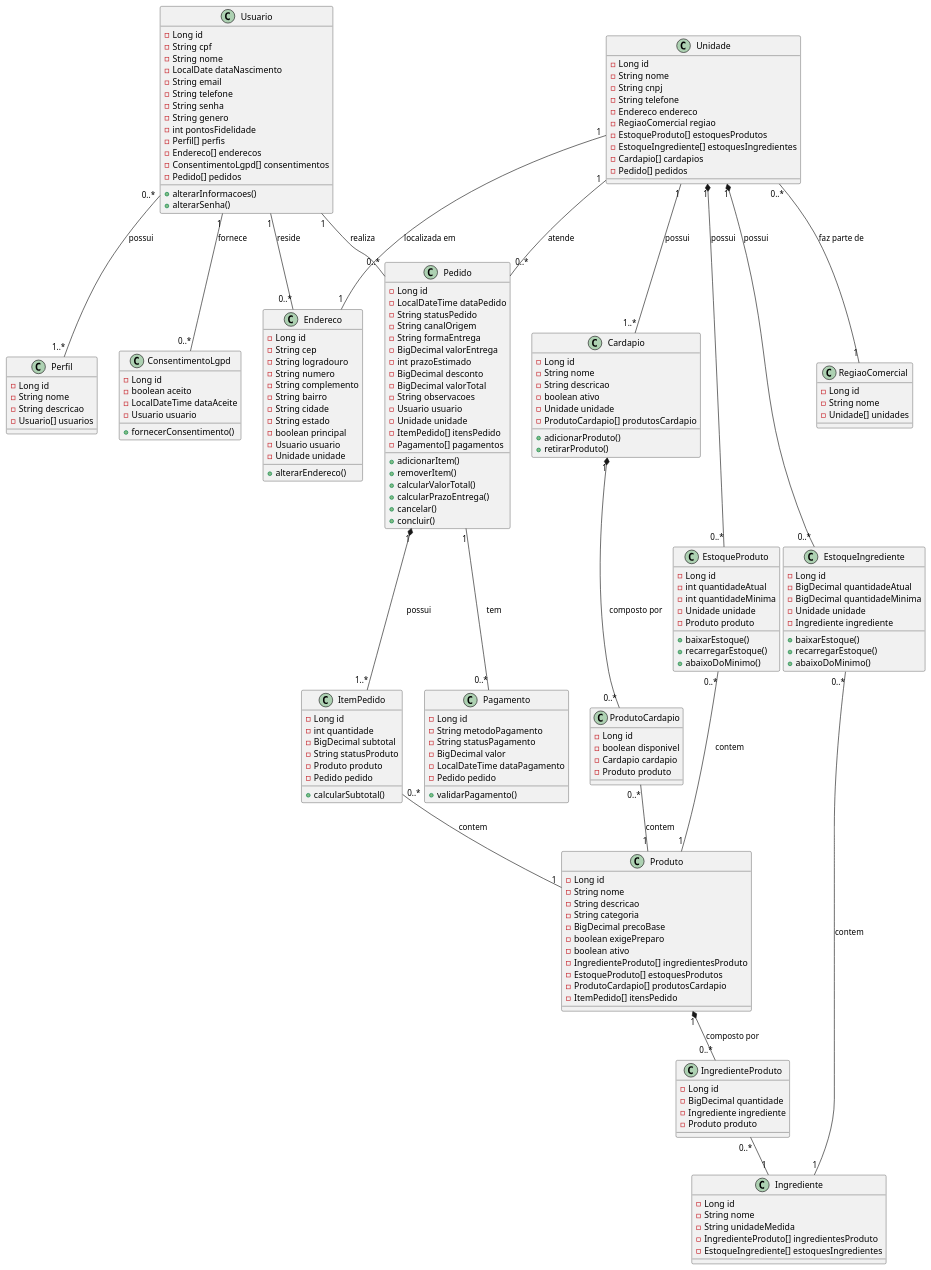
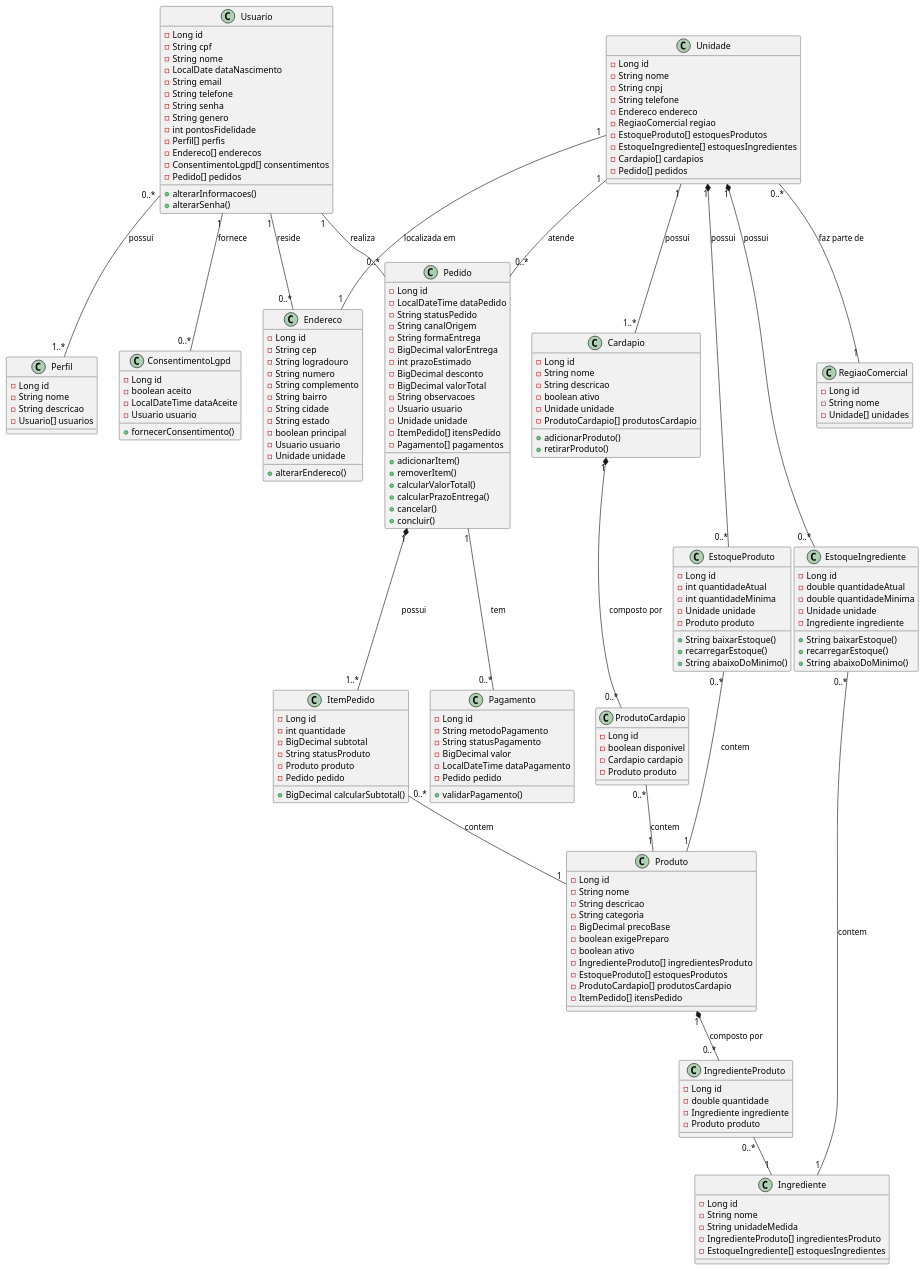
One commit to tarcisiordossantos/raizes-do-nordeste changed the diagram in api/docs/diagramas/diagrama_de_classes.plantuml. Above: the diagram before and after it, drawn with PlantUML. The commit also changed 12 other files, not shown here.

```diff
--- a/api/docs/diagramas/diagrama_de_classes.plantuml
+++ b/api/docs/diagramas/diagrama_de_classes.plantuml
@@ -1,195 +1,195 @@
 @startuml RaizesDoNordeste
     class Usuario{
         -Long id
         -String cpf
         -String nome
         -LocalDate dataNascimento
         -String email
         -String telefone
         -String senha
         -String genero
         -int pontosFidelidade
         -Perfil[] perfis
         -Endereco[] enderecos
         -ConsentimentoLgpd[] consentimentos
         -Pedido[] pedidos
 
         +alterarInformacoes()
         +alterarSenha()
     }
     class Perfil{
         -Long id
         -String nome
         -String descricao
         -Usuario[] usuarios
     }
     class Pedido{
         -Long id
         -LocalDateTime dataPedido
         -String statusPedido
         -String canalOrigem
         -String formaEntrega
         -BigDecimal valorEntrega
         -int prazoEstimado
         -BigDecimal desconto
         -BigDecimal valorTotal
         -String observacoes
         -Usuario usuario
         -Unidade unidade
         -ItemPedido[] itensPedido
         -Pagamento[] pagamentos
 
         +adicionarItem()
         +removerItem()
         +calcularValorTotal()
         +calcularPrazoEntrega()
         +cancelar()
         +concluir()
     }
     class Pagamento{
         -Long id
         -String metodoPagamento
         -String statusPagamento
         -BigDecimal valor
         -LocalDateTime dataPagamento
         -Pedido pedido
 
         +validarPagamento()
     }
     class ItemPedido{
         -Long id
         -int quantidade
         -BigDecimal subtotal
         -String statusProduto
         -Produto produto
         -Pedido pedido
 
-        +calcularSubtotal()
+        +BigDecimal calcularSubtotal()
     }
     class Produto{
         -Long id 
         -String nome
         -String descricao
         -String categoria
         -BigDecimal precoBase
         -boolean exigePreparo
         -boolean ativo
         -IngredienteProduto[] ingredientesProduto
         -EstoqueProduto[] estoquesProdutos
         -ProdutoCardapio[] produtosCardapio
         -ItemPedido[] itensPedido
 
     }
     class IngredienteProduto{
         -Long id
-        -BigDecimal quantidade
+        -double quantidade
         -Ingrediente ingrediente
         -Produto produto
     }
     class Ingrediente{
         -Long id
         -String nome
         -String unidadeMedida
         -IngredienteProduto[] ingredientesProduto
         -EstoqueIngrediente[] estoquesIngredientes
     }
     class Unidade{
         -Long id
         -String nome
         -String cnpj
         -String telefone
         -Endereco endereco
         -RegiaoComercial regiao
         -EstoqueProduto[] estoquesProdutos
         -EstoqueIngrediente[] estoquesIngredientes
         -Cardapio[] cardapios
         -Pedido[] pedidos
     }
     class EstoqueProduto{
         -Long id
         -int quantidadeAtual
         -int quantidadeMinima
         -Unidade unidade
         -Produto produto
 
-        +baixarEstoque()
+        +String baixarEstoque()
         +recarregarEstoque()
-        +abaixoDoMinimo()
+        +String abaixoDoMinimo()
     }
     class EstoqueIngrediente{
         -Long id
-        -BigDecimal quantidadeAtual
-        -BigDecimal quantidadeMinima
+        -double quantidadeAtual
+        -double quantidadeMinima
         -Unidade unidade
         -Ingrediente ingrediente
 
-        +baixarEstoque()
+        +String baixarEstoque()
         +recarregarEstoque()
-        +abaixoDoMinimo()
+        +String abaixoDoMinimo()
     }
     class Cardapio{
         -Long id
         -String nome
         -String descricao
         -boolean ativo
         -Unidade unidade
         -ProdutoCardapio[] produtosCardapio
 
         +adicionarProduto()
         +retirarProduto()
     }
     class ProdutoCardapio{
         -Long id
         -boolean disponivel
         -Cardapio cardapio
         -Produto produto
     }
     class ConsentimentoLgpd{
         -Long id
         -boolean aceito
         -LocalDateTime dataAceite
         -Usuario usuario
         
         +fornecerConsentimento()
     }
     class Endereco{
         -Long id
         -String cep
         -String logradouro
         -String numero
         -String complemento
         -String bairro
         -String cidade
         -String estado
         -boolean principal
         -Usuario usuario
         -Unidade unidade
 
         +alterarEndereco()
     }
     class RegiaoComercial{
         -Long id
         -String nome
         -Unidade[] unidades
     }
 
     Usuario "0..*" -- "1..*" Perfil : possui
     Usuario "1" -- "0..*" ConsentimentoLgpd : fornece
     Usuario "1" -- "0..*" Endereco : reside
     Usuario "1" -- "0..*" Pedido : realiza
     Unidade "1" -- "0..*" Pedido : atende
     Unidade "1" *-- "0..*" EstoqueProduto : possui
     Unidade "1" *-- "0..*" EstoqueIngrediente : possui
     EstoqueProduto "0..*" -- "1" Produto : contem
     EstoqueIngrediente "0..*" -- "1" Ingrediente : contem
     Pedido "1" *-- "1..*" ItemPedido : possui
     Pedido "1" -- "0..*" Pagamento : tem
     ItemPedido "0..*" -- "1" Produto : contem
     Produto "1" *-- "0..*" IngredienteProduto : composto por
     IngredienteProduto "0..*" -- "1" Ingrediente
     Unidade "0..*" -- "1" RegiaoComercial : faz parte de
     Unidade "1" -- "1" Endereco : localizada em
     Unidade "1" -- "1..*" Cardapio : possui
     Cardapio "1" *-- "0..*" ProdutoCardapio :  composto por
     ProdutoCardapio "0..*" -- "1" Produto : contem
 @enduml
```
